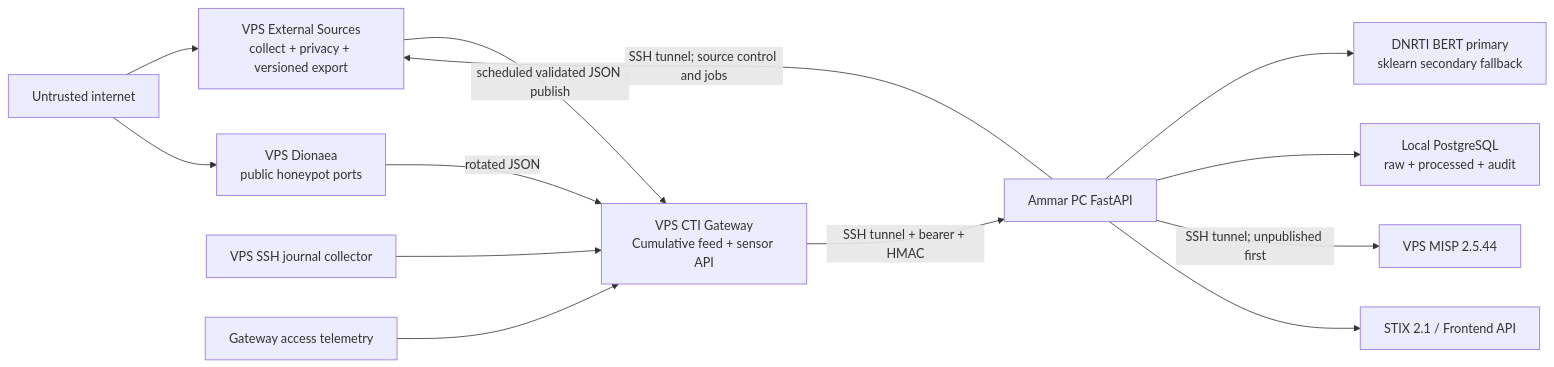
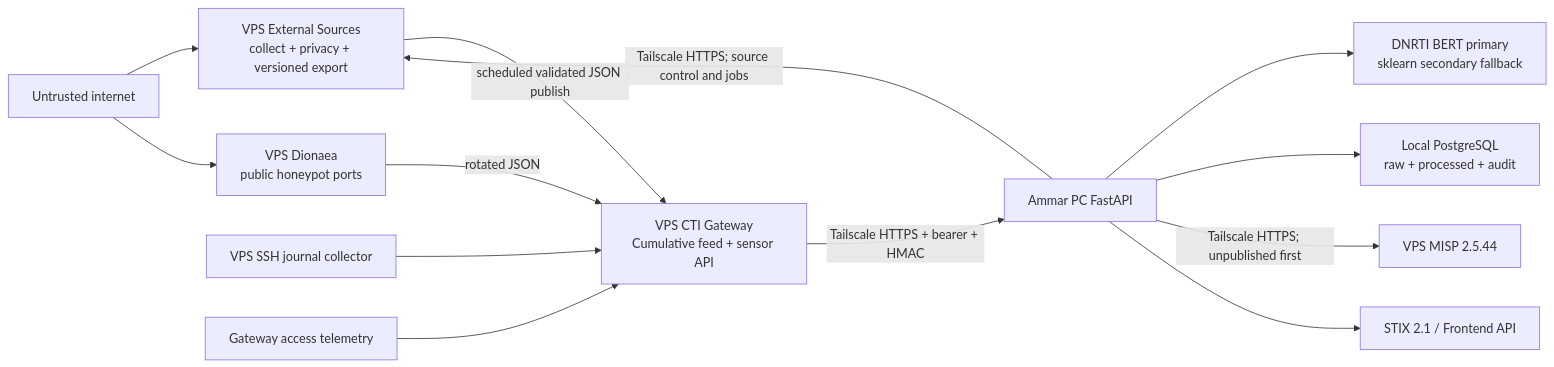
The diagram in docs/architecture/cloud_distributed_architecture.md (AmmarAikan/CTI-Tool), drawn with Mermaid before and after one commit. The commit also changed other lines of this file and 7 other files, not shown here.

Commit message:
docs: make Tailscale the primary VPS transport

````diff
--- a/docs/architecture/cloud_distributed_architecture.md
+++ b/docs/architecture/cloud_distributed_architecture.md
@@ -7,15 +7,15 @@
 ```mermaid
 flowchart LR
     Internet["Untrusted internet"] --> External["VPS External Sources\ncollect + privacy + versioned export"]
     External -->|"scheduled validated JSON publish"| Gateway["VPS CTI Gateway\nCumulative feed + sensor API"]
     Internet --> Dionaea["VPS Dionaea\npublic honeypot ports"]
     Dionaea -->|"rotated JSON"| Gateway
     SSHLog["VPS SSH journal collector"] --> Gateway
     WebLog["Gateway access telemetry"] --> Gateway
-    Gateway -->|"SSH tunnel + bearer + HMAC"| API["Ammar PC FastAPI"]
-    API -->|"SSH tunnel; source control and jobs"| External
+    Gateway -->|"Tailscale HTTPS + bearer + HMAC"| API["Ammar PC FastAPI"]
+    API -->|"Tailscale HTTPS; source control and jobs"| External
     API --> BERT["DNRTI BERT primary\nsklearn secondary fallback"]
     API --> PG["Local PostgreSQL\nraw + processed + audit"]
-    API -->|"SSH tunnel; unpublished first"| MISP["VPS MISP 2.5.44"]
+    API -->|"Tailscale HTTPS; unpublished first"| MISP["VPS MISP 2.5.44"]
     API --> STIX["STIX 2.1 / Frontend API"]
 ```
````
